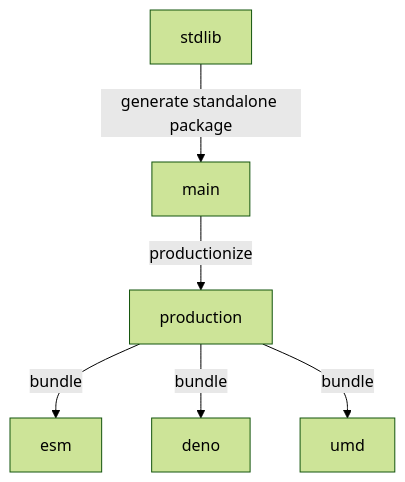
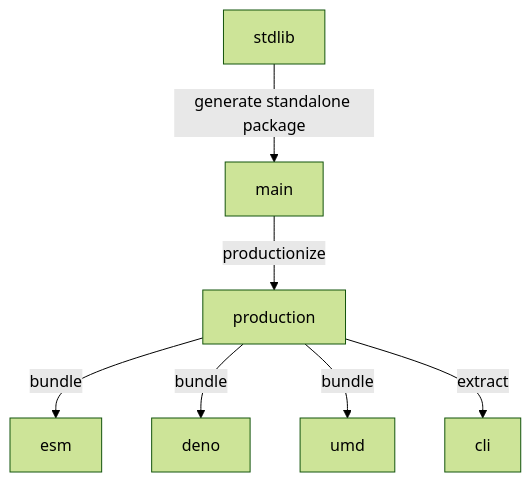
The diagram in branches.md (stdlib-js/fs-rename), drawn with Mermaid (forest theme) before and after one commit. The commit also changed other lines of this file and 8 other files, not shown here.

````diff
--- a/branches.md
+++ b/branches.md
@@ -33,15 +34,17 @@
 ```mermaid
 graph TD;
 A[stdlib]-->|generate standalone package|B;
 B[main] -->|productionize| C[production];
 C -->|bundle| D[esm];
 C -->|bundle| E[deno];
 C -->|bundle| F[umd];
+C -->|extract| G[cli];
 
-click A href "https://github.com/stdlib-js/stdlib/tree/develop/lib/node_modules/%40stdlib/fs/rename"
-click B href "https://github.com/stdlib-js/fs-rename/tree/main"
-click C href "https://github.com/stdlib-js/fs-rename/tree/production"
-click D href "https://github.com/stdlib-js/fs-rename/tree/esm"
-click E href "https://github.com/stdlib-js/fs-rename/tree/deno"
-click F href "https://github.com/stdlib-js/fs-rename/tree/umd"
+%% click A href "https://github.com/stdlib-js/stdlib/tree/develop/lib/node_modules/%40stdlib/fs/rename"
+%% click B href "https://github.com/stdlib-js/fs-rename/tree/main"
+%% click C href "https://github.com/stdlib-js/fs-rename/tree/production"
+%% click D href "https://github.com/stdlib-js/fs-rename/tree/esm"
+%% click E href "https://github.com/stdlib-js/fs-rename/tree/deno"
+%% click F href "https://github.com/stdlib-js/fs-rename/tree/umd"
+%% click G href "https://github.com/stdlib-js/fs-rename/tree/cli"
 ```
````
